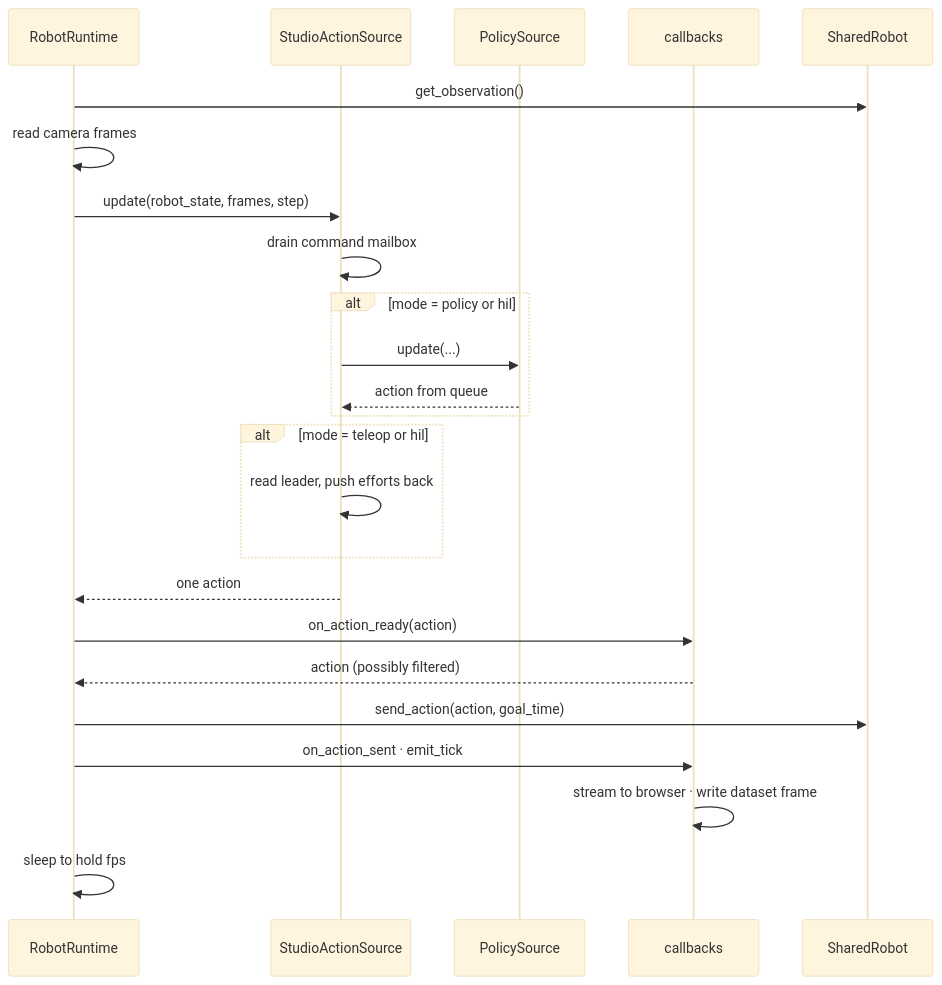
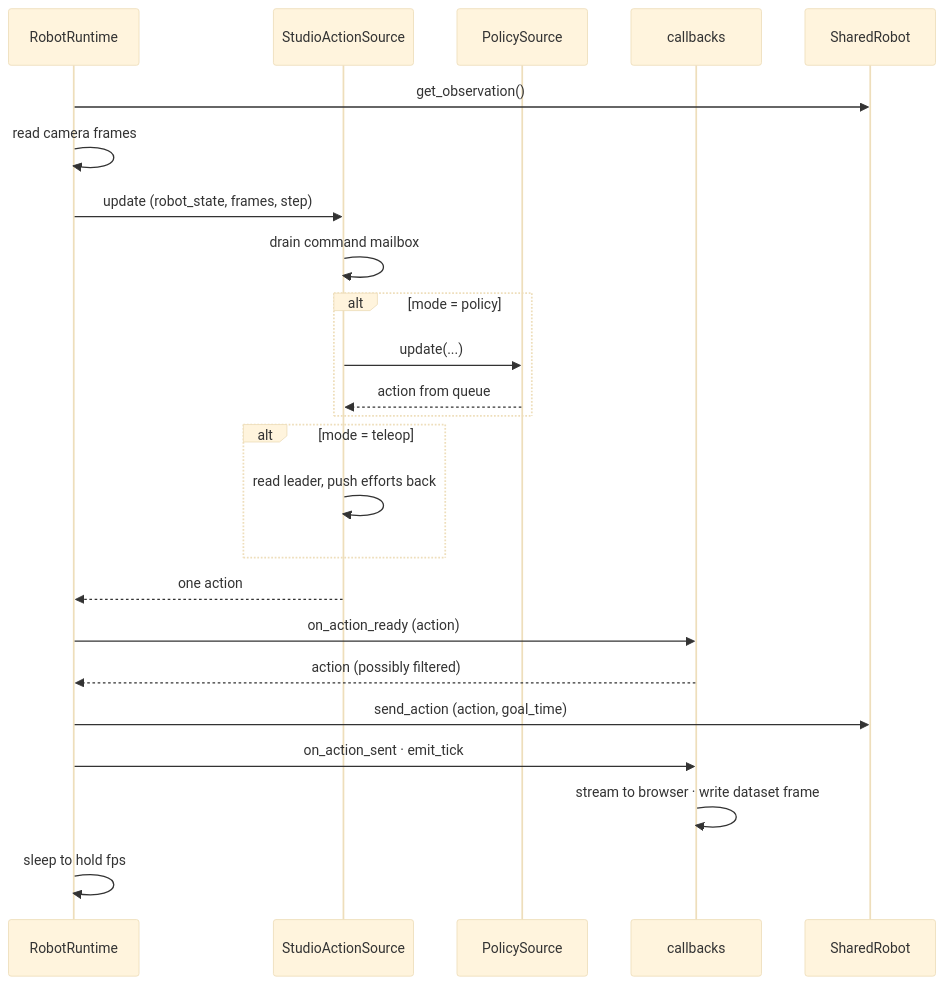
The third of 4 diagrams in application/docs/feature_plans/runtime-migration/design.md (open-edge-platform/physical-ai-studio), drawn with Mermaid (base theme) before and after one commit. The commit also changed other lines of this file and 3 other files, not shown here.

````diff
--- a/application/docs/feature_plans/runtime-migration/design.md
+++ b/application/docs/feature_plans/runtime-migration/design.md
@@ -124,27 +105,27 @@
 ```mermaid
 sequenceDiagram
   participant RT as RobotRuntime
   participant SA as StudioActionSource
   participant PS as PolicySource
   participant CB as callbacks
   participant R as SharedRobot
 
   RT->>R: get_observation()
   RT->>RT: read camera frames
-  RT->>SA: update(robot_state, frames, step)
+  RT->>SA: update (robot_state, frames, step)
   SA->>SA: drain command mailbox
-  alt mode = policy or hil
+  alt mode = policy
     SA->>PS: update(...)
     PS-->>SA: action from queue
   end
-  alt mode = teleop or hil
+  alt mode = teleop
     SA->>SA: read leader, push efforts back
   end
   SA-->>RT: one action
-  RT->>CB: on_action_ready(action)
+  RT->>CB: on_action_ready (action)
   CB-->>RT: action (possibly filtered)
-  RT->>R: send_action(action, goal_time)
+  RT->>R: send_action (action, goal_time)
   RT->>CB: on_action_sent · emit_tick
   CB->>CB: stream to browser · write dataset frame
   RT->>RT: sleep to hold fps
 ```
````
